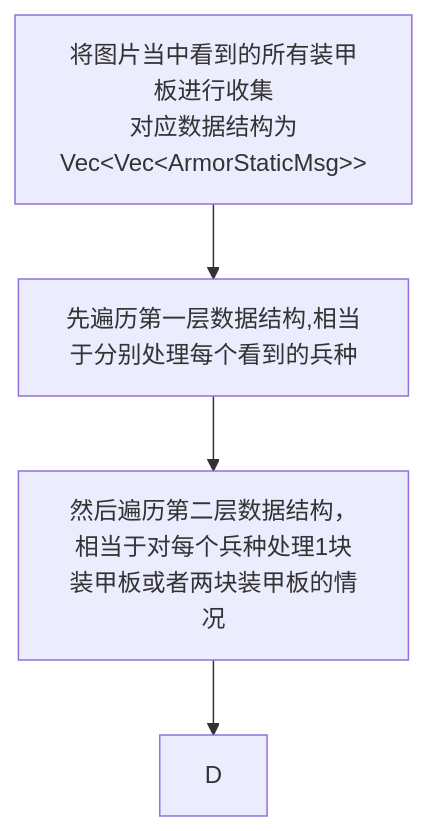
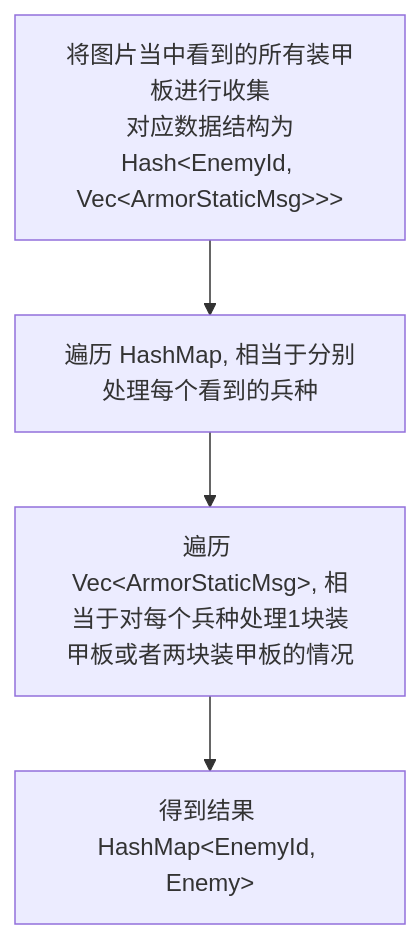
The first of 2 diagrams in docs/自瞄完整流程.md (XiaoPengYouCode/auto_aim_rust), drawn with Mermaid before and after one commit. The commit also changed other lines of this file and 45 other files, not shown here.

````diff
--- a/docs/自瞄完整流程.md
+++ b/docs/自瞄完整流程.md
@@ -19,6 +37,7 @@
 ```mermaid
 graph TD;
-	A[将图片当中看到的所有装甲板进行收集<br>对应数据结构为Vec#lt;Vec#lt;ArmorStaticMsg#gt;#gt;]-->B;
-	B[先遍历第一层数据结构,相当于分别处理每个看到的兵种]-->C;
-	C[然后遍历第二层数据结构，相当于对每个兵种处理1块装甲板或者两块装甲板的情况]-->D;
+	A[将图片当中看到的所有装甲板进行收集<br>对应数据结构为Hash#lt;EnemyId, Vec#lt;ArmorStaticMsg#gt;#gt;#gt;]-->B;
+	B[遍历 HashMap, 相当于分别处理每个看到的兵种]-->C;
+	C[遍历 Vec#lt;ArmorStaticMsg#gt;, 相当于对每个兵种处理1块装甲板或者两块装甲板的情况]-->D;
+	D[得到结果 HashMap#lt;EnemyId, Enemy#gt;]
 ```
````
